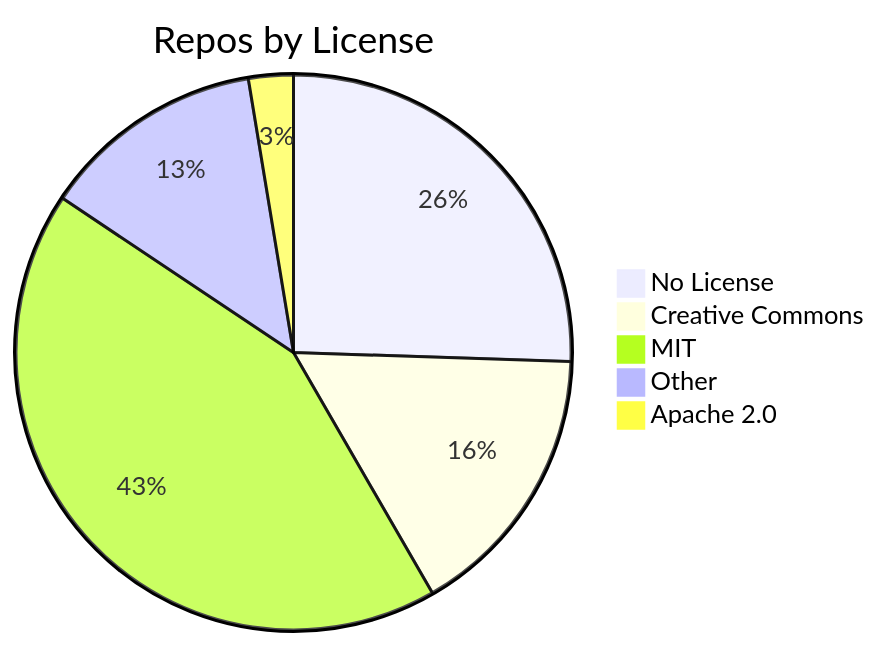
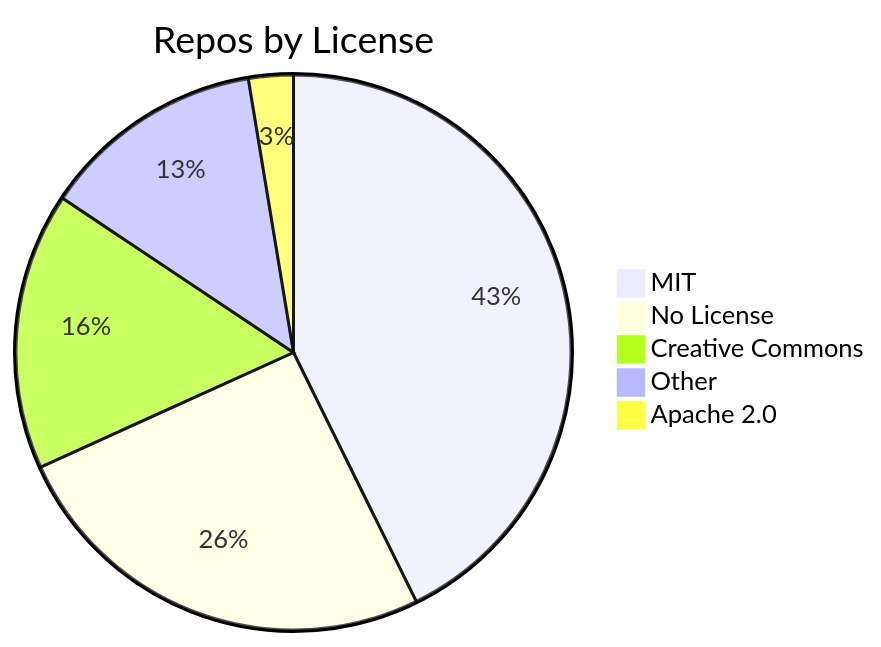
Before and after one commit to jpatterson933/awesome-mcp-server-repo-index: the diagram in README.md, drawn with Mermaid. The commit also changed other lines of this file and 7 other files, not shown here.

````diff
--- a/README.md
+++ b/README.md
@@ -31,8 +31,8 @@
 ```mermaid
 pie title Repos by License
+    "MIT" : 82
     "No License" : 49
     "Creative Commons" : 31
-    "MIT" : 82
     "Other" : 25
     "Apache 2.0" : 5
 ```
````
